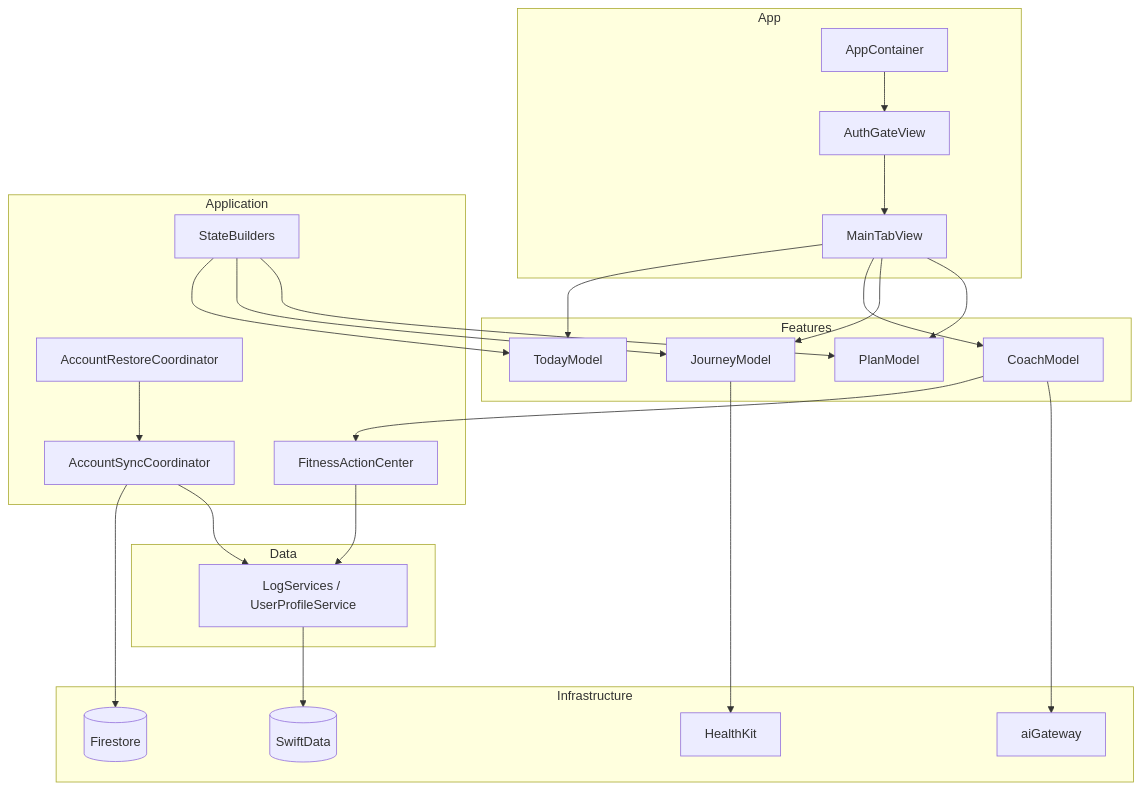
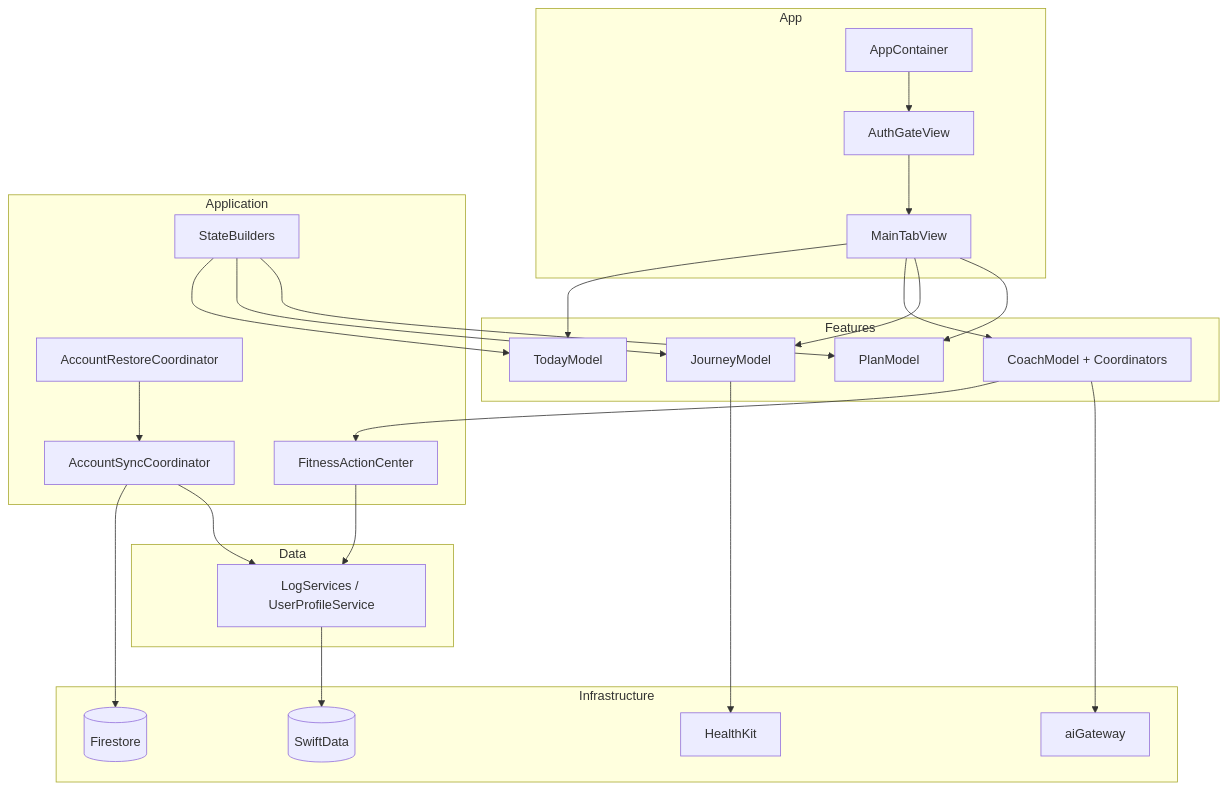
Before and after one commit to isaacchua0309/FitnessCoach: the diagram in Docs/Architecture/AppArchitectureOverview.md, drawn with Mermaid. The commit also changed other lines of this file and 55 other files, not shown here.

First line of the commit message:
Decompose CoachModel v1 into focused coordinators without behavior changes.

````diff
--- a/Docs/Architecture/AppArchitectureOverview.md
+++ b/Docs/Architecture/AppArchitectureOverview.md
@@ -239,45 +242,45 @@
 ```mermaid
 flowchart TB
     subgraph App
         AC[AppContainer]
         AG[AuthGateView]
         MT[MainTabView]
     end
 
     subgraph Features
         Today[TodayModel]
-        Coach[CoachModel]
+        Coach[CoachModel + Coordinators]
         Journey[JourneyModel]
         Plan[PlanModel]
     end
 
     subgraph Application
         FAC[FitnessActionCenter]
         Sync[AccountSyncCoordinator]
         Restore[AccountRestoreCoordinator]
         SB[StateBuilders]
     end
 
     subgraph Data
         Repos[LogServices / UserProfileService]
     end
 
     subgraph Infrastructure
         SD[(SwiftData)]
         FS[(Firestore)]
         HK[HealthKit]
         AI[aiGateway]
     end
 
     AC --> AG --> MT
     MT --> Today & Coach & Journey & Plan
     Coach --> FAC
     FAC --> Repos
     Repos --> SD
     Sync --> FS
     Sync --> Repos
     Restore --> Sync
     Coach --> AI
     Journey --> HK
     SB --> Today & Journey & Plan
 ```
````
